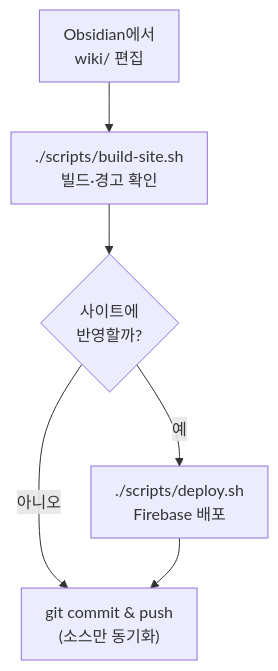
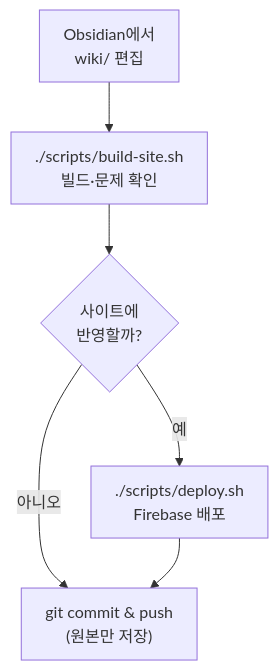
The diagram in wiki/guide-deploy-mkdocs-firebase.md (goodjwon/my-wiki), drawn with Mermaid before and after one commit. The commit also changed other lines of this file and 4 other files, not shown here.

````diff
--- a/wiki/guide-deploy-mkdocs-firebase.md
+++ b/wiki/guide-deploy-mkdocs-firebase.md
@@ -683,9 +983,9 @@
 ```mermaid
 %%{init: {'themeVariables': {'fontSize': '16px'}, 'flowchart': {'nodeSpacing': 40, 'rankSpacing': 50, 'padding': 12}}}%%
 flowchart TD
-  A["Obsidian에서<br/>wiki/ 편집"] --> B["./scripts/build-site.sh<br/>빌드·경고 확인"]
+  A["Obsidian에서<br/>wiki/ 편집"] --> B["./scripts/build-site.sh<br/>빌드·문제 확인"]
   B --> C{"사이트에<br/>반영할까?"}
   C -->|예| D["./scripts/deploy.sh<br/>Firebase 배포"]
-  C -->|아니오| E["git commit & push<br/>(소스만 동기화)"]
+  C -->|아니오| E["git commit & push<br/>(원본만 저장)"]
   D --> E
 ```
````
